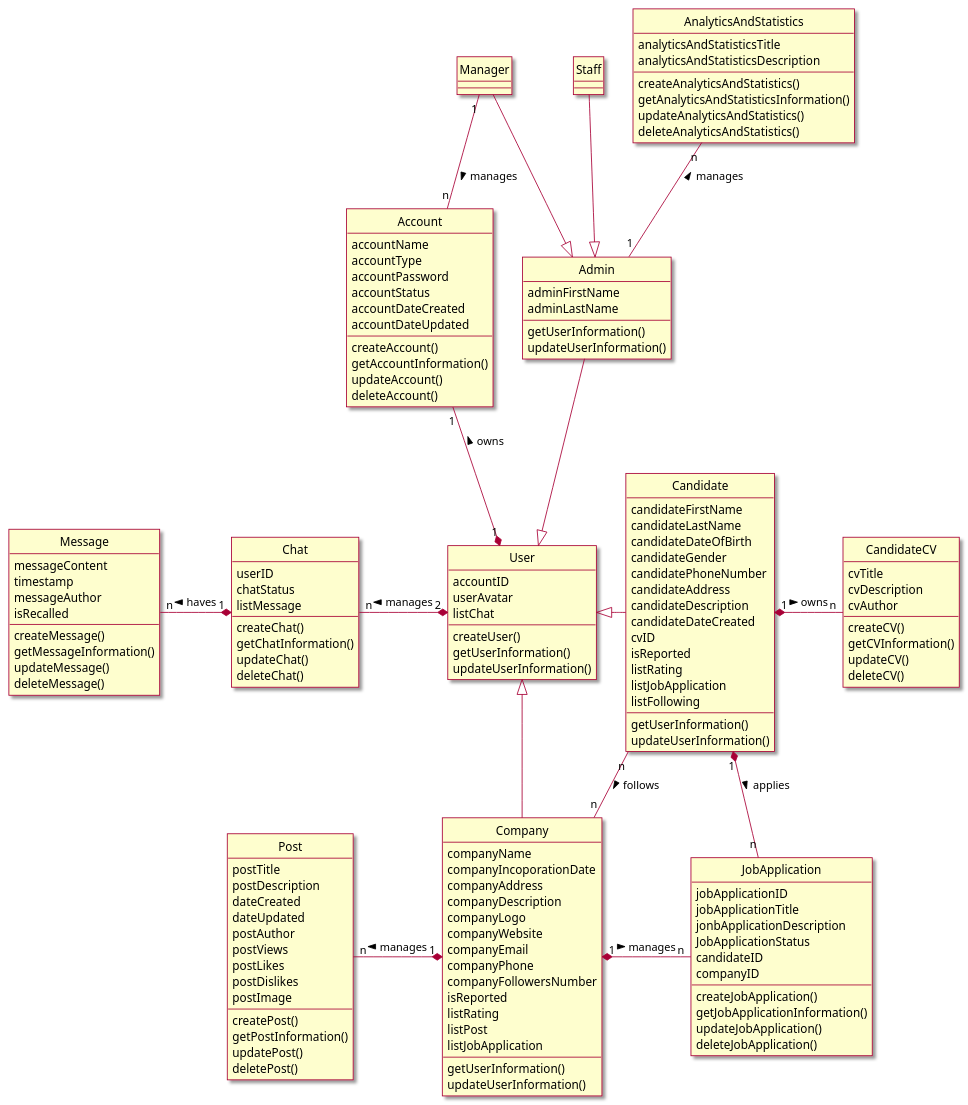
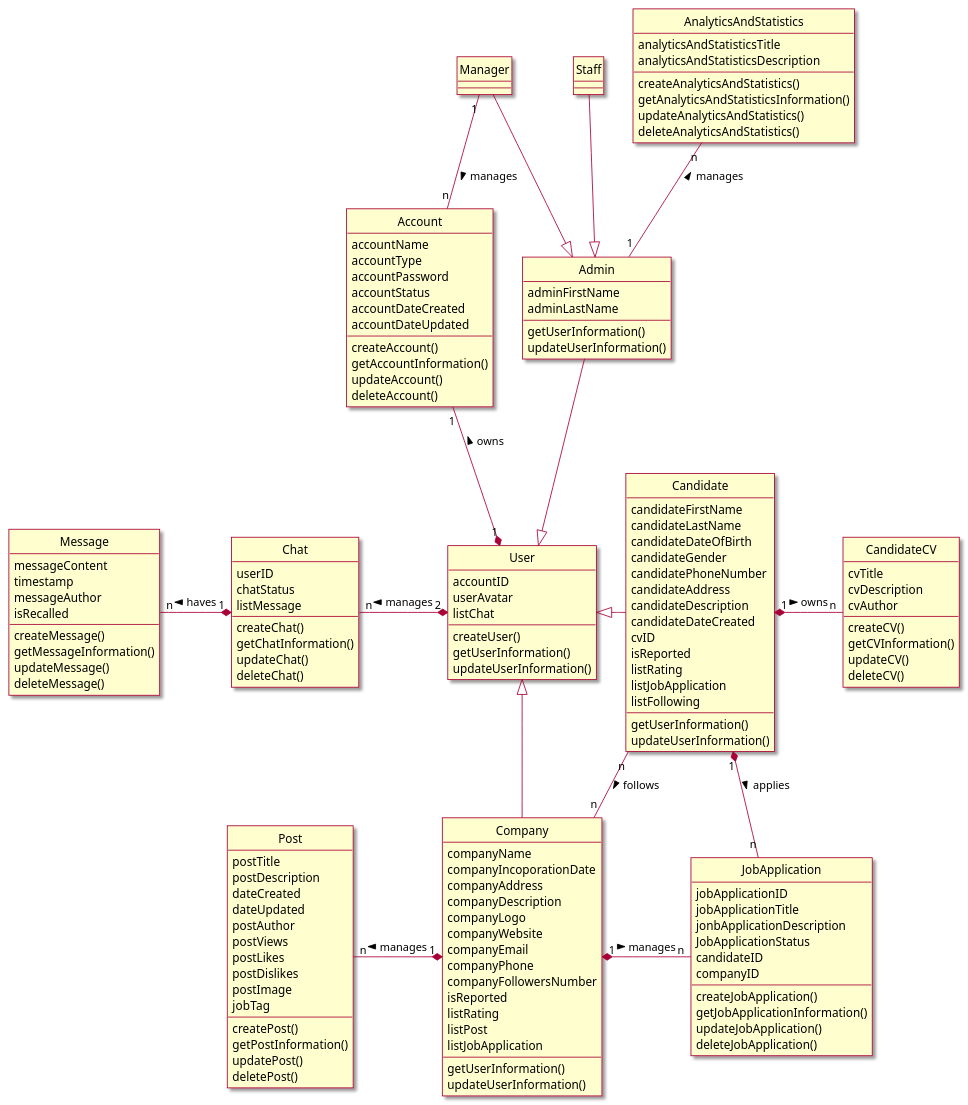
The diagram in Lab1/Lab 1.2 Diagram/Class/FileUML/ClassDiagram.puml (Griselda4774/EAS-EmploymentAssistanceSystem), drawn with PlantUML before and after one commit. The commit also changed 14 other files, not shown here.

```diff
--- a/Lab1/Lab 1.2 Diagram/Class/FileUML/ClassDiagram.puml
+++ b/Lab1/Lab 1.2 Diagram/Class/FileUML/ClassDiagram.puml
@@ -1,164 +1,165 @@
 @startuml ClassDiagram
 
 hide circle
 skin rose
 
 class Account {
     accountName
     accountType
     accountPassword
     accountStatus
     accountDateCreated
     accountDateUpdated
     createAccount()
     getAccountInformation()
     updateAccount()
     deleteAccount()
 }
 
 class User {
     accountID
     userAvatar
     listChat
     createUser()
     getUserInformation()
     updateUserInformation()
 }
 
 class Admin {
     adminFirstName
     adminLastName
     getUserInformation()
     updateUserInformation()
 }
 
 class Candidate {
     candidateFirstName
     candidateLastName
     candidateDateOfBirth
     candidateGender
     candidatePhoneNumber
     candidateAddress
     candidateDescription
     candidateDateCreated
     cvID
     isReported
     listRating
     listJobApplication
     listFollowing
     getUserInformation()
     updateUserInformation()
 }
 
 class Company {
     companyName
     companyIncoporationDate
     companyAddress
     companyDescription
     companyLogo
     companyWebsite
     companyEmail
     companyPhone
     companyFollowersNumber
     isReported
     listRating
     listPost
     listJobApplication
     getUserInformation()
     updateUserInformation()
 }
 
 class Staff {
 
 }
 
 class Manager {
 
 }
 
 class Post {
     postTitle
     postDescription
     dateCreated
     dateUpdated
     postAuthor
     postViews
     postLikes
     postDislikes
     postImage
+    jobTag
     createPost()
     getPostInformation()
     updatePost()
     deletePost()
 }
 
 class CandidateCV {
     cvTitle
     cvDescription
     cvAuthor
     createCV()
     getCVInformation()
     updateCV()
     deleteCV()
 }
 
 class JobApplication {
     jobApplicationID
     jobApplicationTitle
     jonbApplicationDescription
     JobApplicationStatus
     candidateID
     companyID
     createJobApplication()
     getJobApplicationInformation()
     updateJobApplication()
     deleteJobApplication()
 }
 
 class Chat {
     userID
     chatStatus
     listMessage
     createChat()
     getChatInformation()
     updateChat()
     deleteChat()
 }
 
 class Message {
     messageContent
     timestamp
     messageAuthor
     isRecalled
     createMessage()
     getMessageInformation()
     updateMessage()
     deleteMessage()
 }
 
 class AnalyticsAndStatistics {
     analyticsAndStatisticsTitle
     analyticsAndStatisticsDescription
     createAnalyticsAndStatistics()
     getAnalyticsAndStatisticsInformation()
     updateAnalyticsAndStatistics()
     deleteAnalyticsAndStatistics()
 }
 
 Account "1" --* "1" User: owns <
 Admin --|> User
 User <|-right- Candidate
 User <|-- Company
 Staff --|> Admin
 Manager --|> Admin
 AnalyticsAndStatistics "n" -- "1" Admin: manages <
 Manager "1" -- "n" Account: manages >
 Post "n" -right-* "1" Company: manages <
 Chat "n" -right-* "2" User: manages <
 Message "n" -right-* "1" Chat: haves <
 CandidateCV "n" -left-* "1" Candidate: owns <
 JobApplication "n" -left-* "1" Company: manages <
 Candidate "n" -- "n" Company: follows >
 Candidate "1" *-- "n" JobApplication: applies >
 
 @enduml
```
